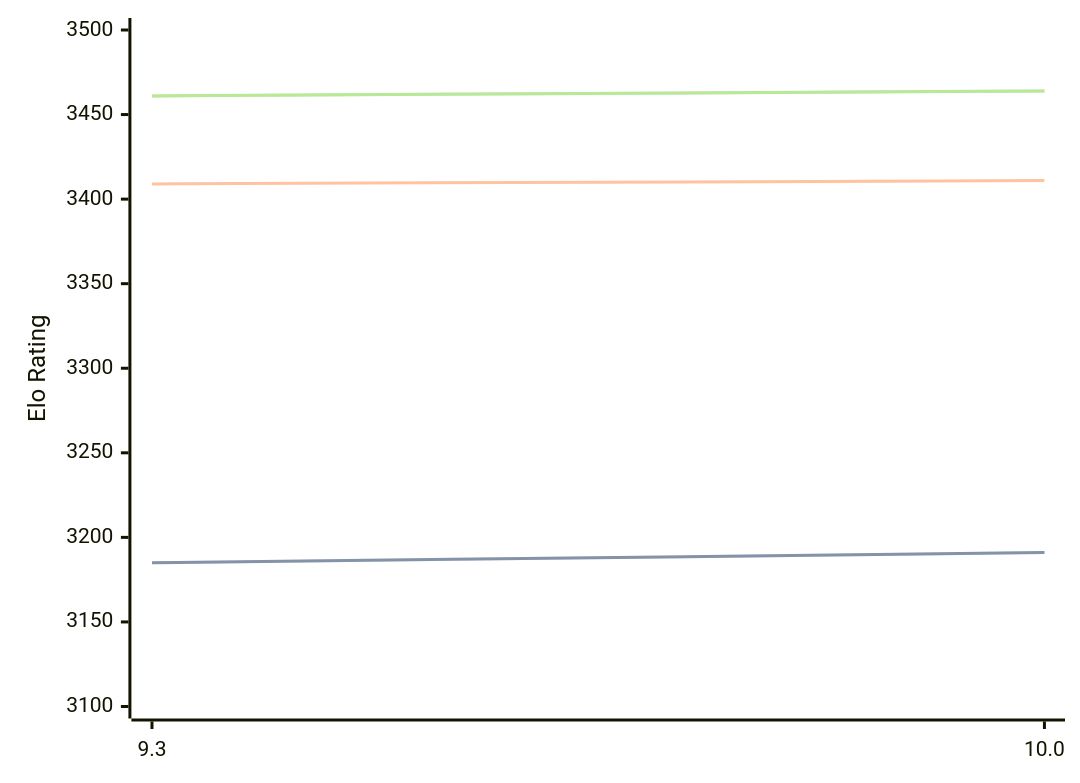
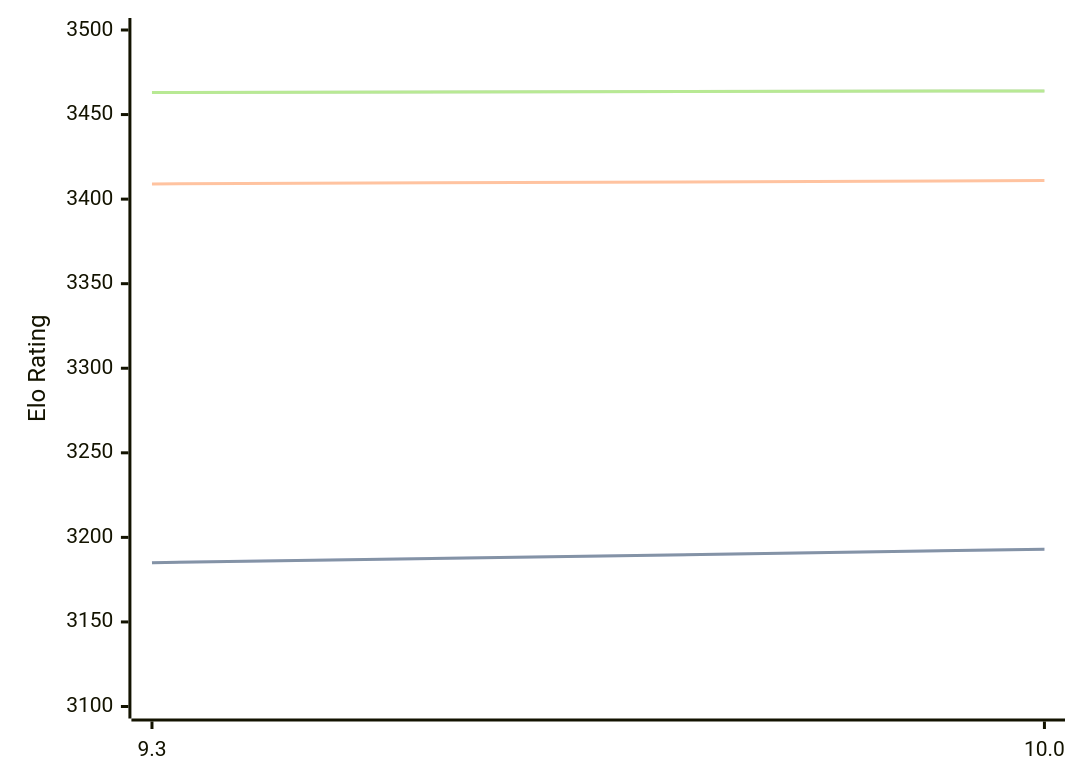
The diagram in engines/Fire.md (computer-chess-index/cci), drawn with Mermaid before and after one commit. The commit also changed other lines of this file, not shown here.

Commit message:
Update CCI Ratings (ELO VLTC) - 2026-04-25

````diff
--- a/engines/Fire.md
+++ b/engines/Fire.md
@@ -47,11 +47,11 @@
 ```mermaid
 %%{init: {"theme":"base","themeVariables":{"seriesColors:['#a3a3a3','#222221','#faa371']}}}%%
 xychart-beta
   x-axis ["9.3", "10.0"]
   y-axis "Elo Rating" 3100 --> 3500
-  line "STC (8.0+0.08s)" [3185, 3191]
-  line "STC (8.0+0.08s)" [3185, 3191]
+  line "STC (8.0+0.08s)" [3185, 3193]
+  line "STC (8.0+0.08s)" [3185, 3193]
   line "LTC (60.0+0.60s)" [3409, 3411]
-  line "VLTC (2m24s+1.12s)" [3461, 3464]
-  line "VLTC (2m24s+1.12s)" [3461, 3464]
+  line "VLTC (2m24s+1.12s)" [3463, 3464]
+  line "VLTC (2m24s+1.12s)" [3463, 3464]
 ```
````
